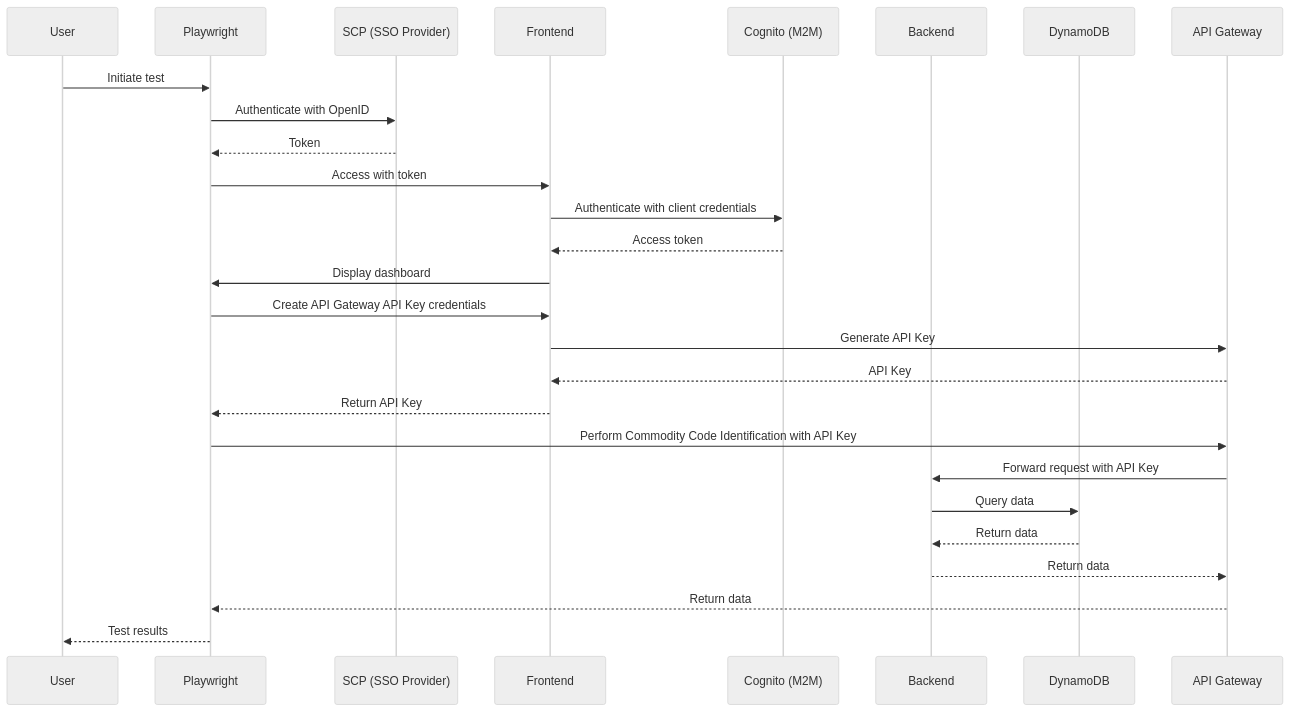
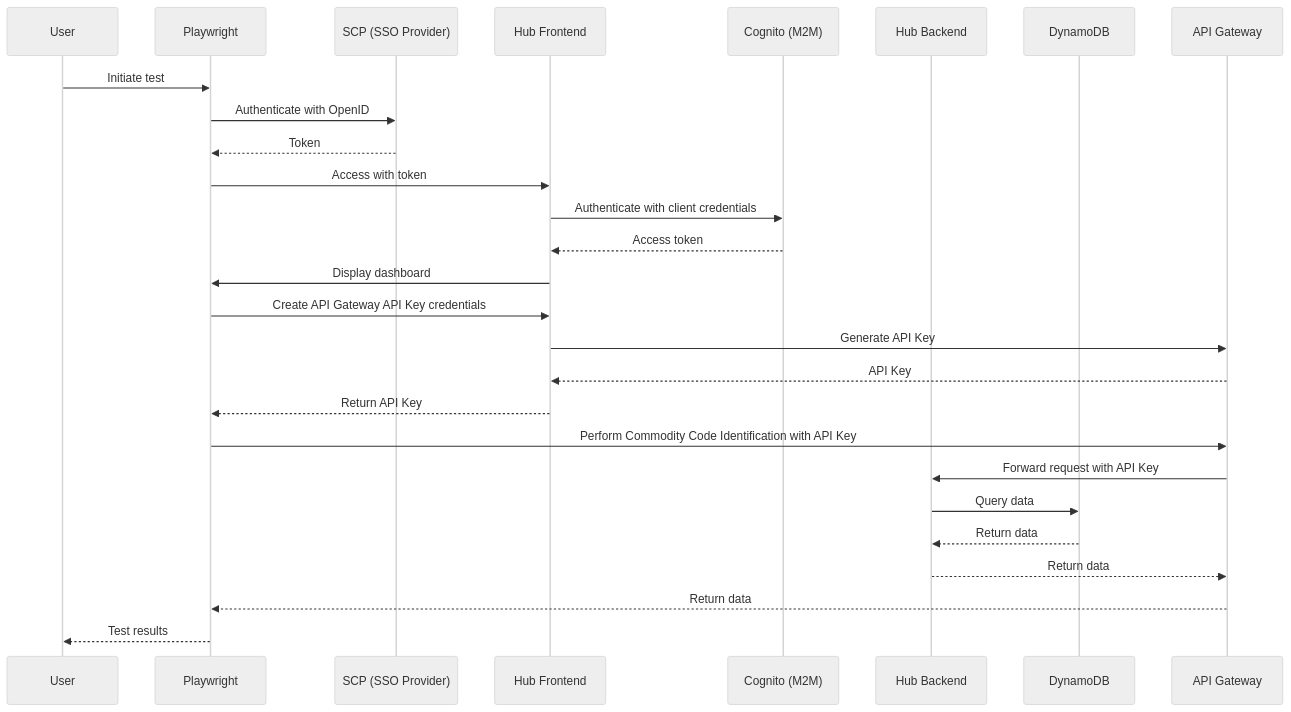
Before and after one commit to trade-tariff/trade-tariff-fpo-dev-hub-e2e: the diagram in README.md, drawn with Mermaid (neutral theme).

Commit message:
FPO-209: Rename Backend and Frontend to Hub <Frontend|Backend>

````diff
--- a/README.md
+++ b/README.md
@@ -13,30 +13,30 @@
 ```mermaid
 sequenceDiagram
     participant User
     participant Playwright
     participant SCP as SCP (SSO Provider)
-    participant Frontend
+    participant Hub Frontend
     participant Cognito as Cognito (M2M)
-    participant Backend
+    participant Hub Backend
     participant DynamoDB
     participant APIGateway as API Gateway
 
     User->>Playwright: Initiate test
     Playwright->>SCP: Authenticate with OpenID
     SCP-->>Playwright: Token
-    Playwright->>Frontend: Access with token
-    Frontend->>Cognito: Authenticate with client credentials
-    Cognito-->>Frontend: Access token
-    Frontend->>Playwright: Display dashboard
-    Playwright->>Frontend: Create API Gateway API Key credentials
-    Frontend->>APIGateway: Generate API Key
-    APIGateway-->>Frontend: API Key
-    Frontend-->>Playwright: Return API Key
+    Playwright->>Hub Frontend: Access with token
+    Hub Frontend->>Cognito: Authenticate with client credentials
+    Cognito-->>Hub Frontend: Access token
+    Hub Frontend->>Playwright: Display dashboard
+    Playwright->>Hub Frontend: Create API Gateway API Key credentials
+    Hub Frontend->>APIGateway: Generate API Key
+    APIGateway-->>Hub Frontend: API Key
+    Hub Frontend-->>Playwright: Return API Key
     Playwright->>APIGateway: Perform Commodity Code Identification with API Key
-    APIGateway->>Backend: Forward request with API Key
-    Backend->>DynamoDB: Query data
-    DynamoDB-->>Backend: Return data
-    Backend-->>APIGateway: Return data
+    APIGateway->>Hub Backend: Forward request with API Key
+    Hub Backend->>DynamoDB: Query data
+    DynamoDB-->>Hub Backend: Return data
+    Hub Backend-->>APIGateway: Return data
     APIGateway-->>Playwright: Return data
     Playwright-->>User: Test results
 ```
````
